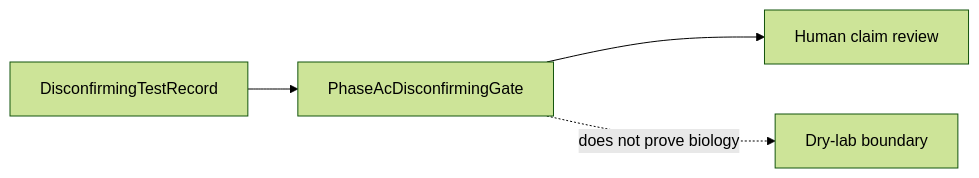
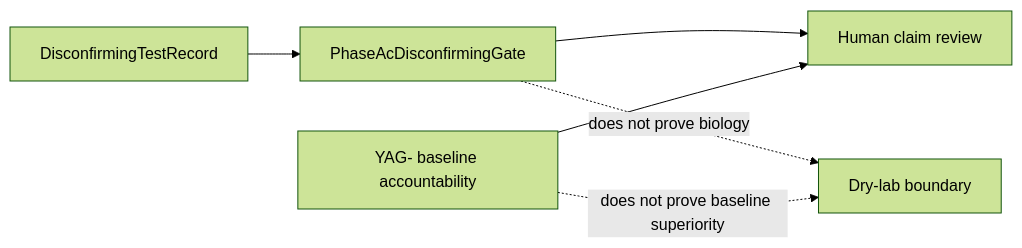
Before and after one commit to streamentry/OpenAMP-Foundry: the second of 4 diagrams in src/openamp_foundry/evidence/AGENTS.md, drawn with Mermaid (forest theme). The commit also changed other lines of this file and 20 other files, not shown here.

Commit message:
feat: expose baseline accountability gate

````diff
--- a/src/openamp_foundry/evidence/AGENTS.md
+++ b/src/openamp_foundry/evidence/AGENTS.md
@@ -35,6 +37,8 @@
 ```mermaid
 flowchart LR
   Record["DisconfirmingTestRecord"] --> Gate["PhaseAcDisconfirmingGate"]
   Gate --> Review["Human claim review"]
   Gate -. "does not prove biology" .-> Boundary["Dry-lab boundary"]
+  YAG["YAG- baseline accountability"] --> Review
+  YAG -. "does not prove baseline superiority" .-> Boundary
 ```
````
